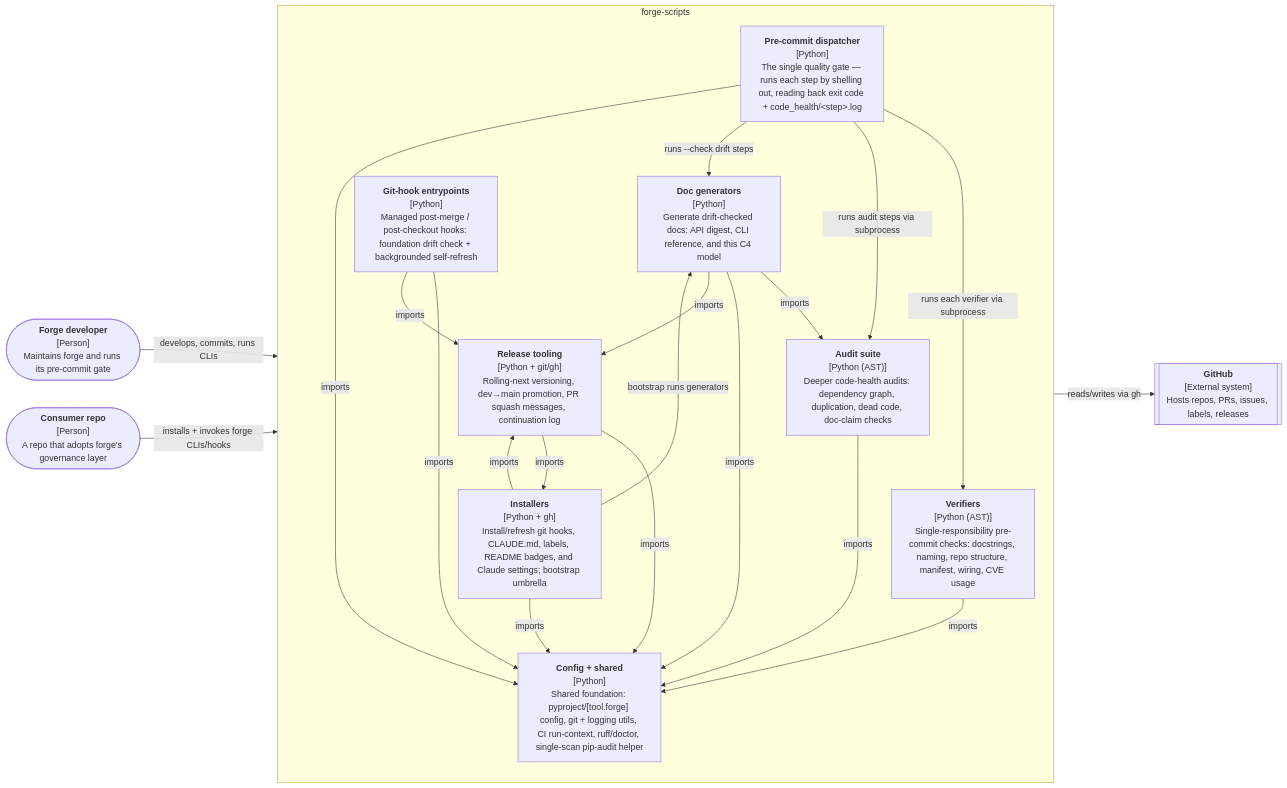
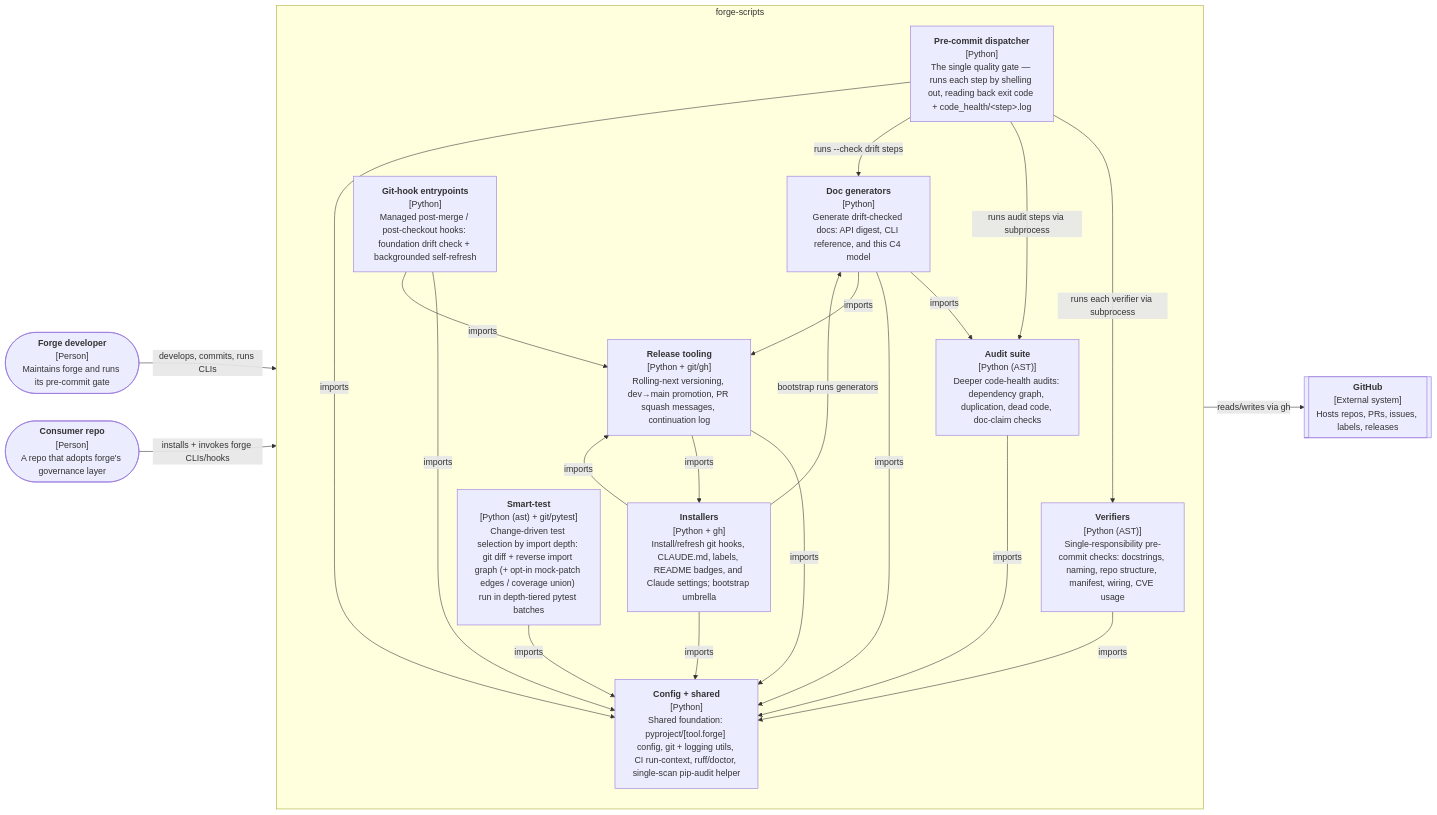
The diagram in README.md (misnaej/forge), drawn with Mermaid before and after one commit. The commit also changed 30 other files, not shown here.

````diff
--- a/README.md
+++ b/README.md
@@ -117,35 +117,37 @@
 ```mermaid
 graph LR
     forge_developer(["<b>Forge developer</b><br/>[Person]<br/>Maintains forge and runs its pre-commit gate"])
     consumer_repo(["<b>Consumer repo</b><br/>[Person]<br/>A repo that adopts forge's governance layer"])
     github[["<b>GitHub</b><br/>[External system]<br/>Hosts repos, PRs, issues, labels, releases"]]
     subgraph forge_scripts["forge-scripts"]
         pre_commit_dispatcher["<b>Pre-commit dispatcher</b><br/>[Python]<br/>The single quality gate — runs each step by shelling out, reading back exit code + code_health/&lt;step&gt;.log"]
         audit_suite["<b>Audit suite</b><br/>[Python (AST)]<br/>Deeper code-health audits: dependency graph, duplication, dead code, doc-claim checks"]
         verifiers["<b>Verifiers</b><br/>[Python (AST)]<br/>Single-responsibility pre-commit checks: docstrings, naming, repo structure, manifest, wiring, CVE usage"]
         installers["<b>Installers</b><br/>[Python + gh]<br/>Install/refresh git hooks, CLAUDE.md, labels, README badges, and Claude settings; bootstrap umbrella"]
         doc_generators["<b>Doc generators</b><br/>[Python]<br/>Generate drift-checked docs: API digest, CLI reference, and this C4 model"]
         git_hook_entrypoints["<b>Git-hook entrypoints</b><br/>[Python]<br/>Managed post-merge / post-checkout hooks: foundation drift check + backgrounded self-refresh"]
         release_tooling["<b>Release tooling</b><br/>[Python + git/gh]<br/>Rolling-next versioning, dev→main promotion, PR squash messages, continuation log"]
+        smart_test["<b>Smart-test</b><br/>[Python (ast) + git/pytest]<br/>Change-driven test selection by import depth: git diff + reverse import graph (+ opt-in mock-patch edges / coverage union) run in depth-tiered pytest batches"]
         config_shared["<b>Config + shared</b><br/>[Python]<br/>Shared foundation: pyproject/[tool.forge] config, git + logging utils, CI run-context, ruff/doctor, single-scan pip-audit helper"]
     end
     forge_developer -->|"develops, commits, runs CLIs"| forge_scripts
     consumer_repo -->|"installs + invokes forge CLIs/hooks"| forge_scripts
     forge_scripts -->|"reads/writes via gh"| github
     pre_commit_dispatcher -->|"runs each verifier via subprocess"| verifiers
     pre_commit_dispatcher -->|"runs audit steps via subprocess"| audit_suite
     pre_commit_dispatcher -->|"runs --check drift steps"| doc_generators
     installers -->|"bootstrap runs generators"| doc_generators
     audit_suite -->|"imports"| config_shared
     doc_generators -->|"imports"| audit_suite
     doc_generators -->|"imports"| config_shared
     doc_generators -->|"imports"| release_tooling
     git_hook_entrypoints -->|"imports"| config_shared
     git_hook_entrypoints -->|"imports"| release_tooling
     installers -->|"imports"| config_shared
     installers -->|"imports"| release_tooling
     pre_commit_dispatcher -->|"imports"| config_shared
     release_tooling -->|"imports"| config_shared
     release_tooling -->|"imports"| installers
+    smart_test -->|"imports"| config_shared
     verifiers -->|"imports"| config_shared
 ```
````
